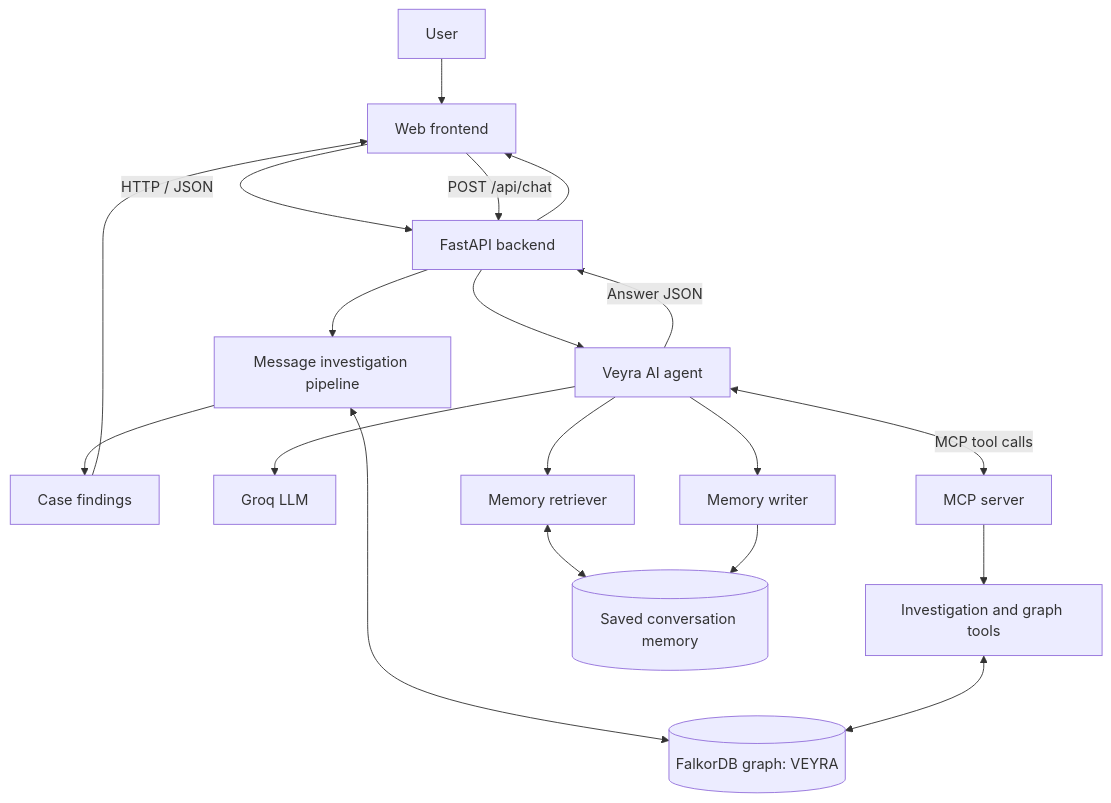
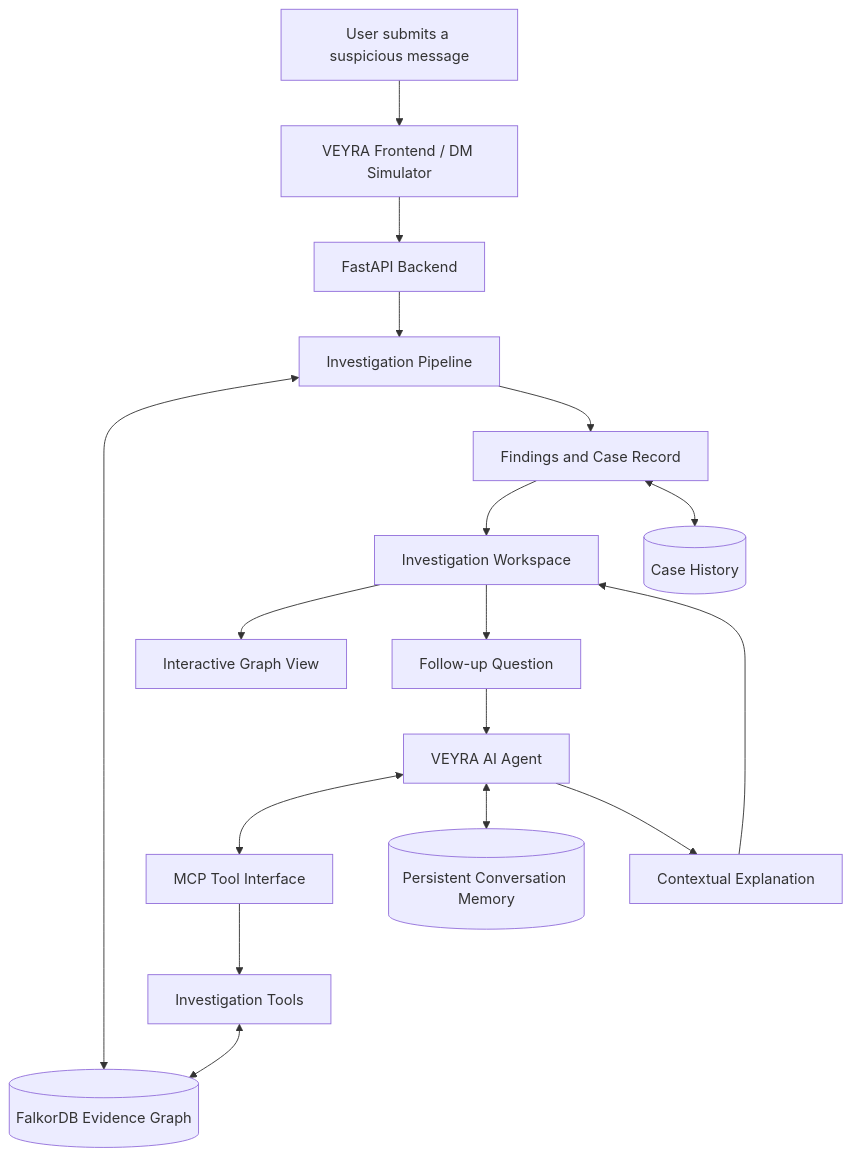
One commit to BAVYASAKTHIVEL-21/Veyra changed the first of 10 diagrams in README.md. Above: the diagram before and after it, drawn with Mermaid. The commit also changed other lines of this file, not shown here.

Commit message:
Veyra 1.0

````diff
--- a/README.md
+++ b/README.md
@@ -121,21 +18,19 @@
 ```mermaid
 flowchart TD
-    U[User] --> UI[Web frontend]
-    UI -->|HTTP / JSON| API[FastAPI backend]
-    API --> PIPE[Message investigation pipeline]
-    PIPE <--> DB[(FalkorDB graph: VEYRA)]
-    PIPE --> CASE[Case findings]
-    CASE --> UI
-    UI -->|POST /api/chat| API
-    API --> AGENT[Veyra AI agent]
-    AGENT --> GROQ[Groq LLM]
-    AGENT <-->|MCP tool calls| MCP[MCP server]
-    MCP --> TOOLS[Investigation and graph tools]
-    TOOLS <--> DB
-    AGENT --> RET[Memory retriever]
-    RET <--> MEM[(Saved conversation memory)]
-    AGENT --> WR[Memory writer]
-    WR --> MEM
-    AGENT -->|Answer JSON| API
-    API --> UI
+    A[User submits a suspicious message] --> B[VEYRA Frontend / DM Simulator]
+    B --> C[FastAPI Backend]
+    C --> D[Investigation Pipeline]
+    D <--> E[(FalkorDB Evidence Graph)]
+    D --> F[Findings and Case Record]
+    F --> G[Investigation Workspace]
+    G --> H[Interactive Graph View]
+    G --> I[Follow-up Question]
+    I --> J[VEYRA AI Agent]
+    J <--> K[MCP Tool Interface]
+    K --> L[Investigation Tools]
+    L <--> E
+    J <--> M[(Persistent Conversation Memory)]
+    F <--> N[(Case History)]
+    J --> O[Contextual Explanation]
+    O --> G
 ```
````
